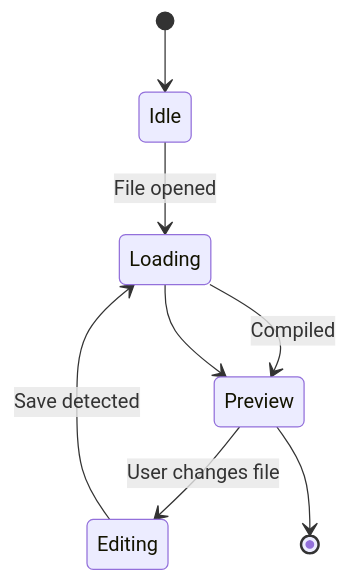
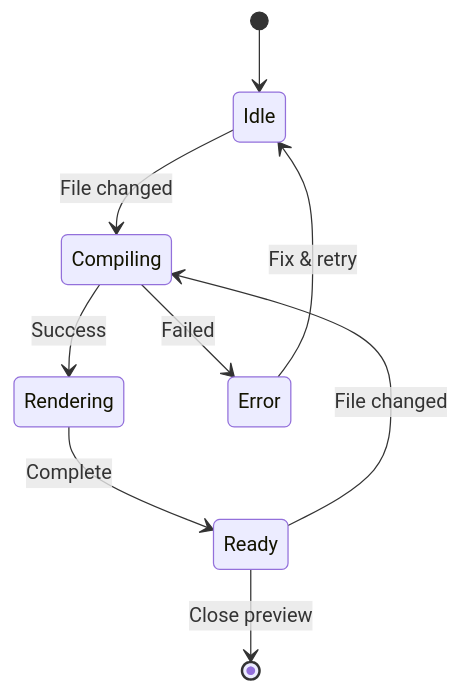
One commit to ggfincke/vsc-mdx-preview changed the third of 6 diagrams in examples/basic/README.mdx. Above: the diagram before and after it, drawn with Mermaid. The commit also changed other lines of this file and 2 other files, not shown here.

````diff
--- a/examples/basic/README.mdx
+++ b/examples/basic/README.mdx
@@ -185,10 +309,11 @@
 ```mermaid
 stateDiagram-v2
-  [*] --> Idle
-  Idle --> Loading: File opened
-  Loading --> Preview: Compiled
-  Preview --> Editing: User changes file
-  Editing --> Loading: Save detected
-  Loading --> Preview
-  Preview --> [*]
+    [*] --> Idle
+    Idle --> Compiling: File changed
+    Compiling --> Rendering: Success
+    Compiling --> Error: Failed
+    Rendering --> Ready: Complete
+    Error --> Idle: Fix & retry
+    Ready --> Compiling: File changed
+    Ready --> [*]: Close preview
 ```
````
